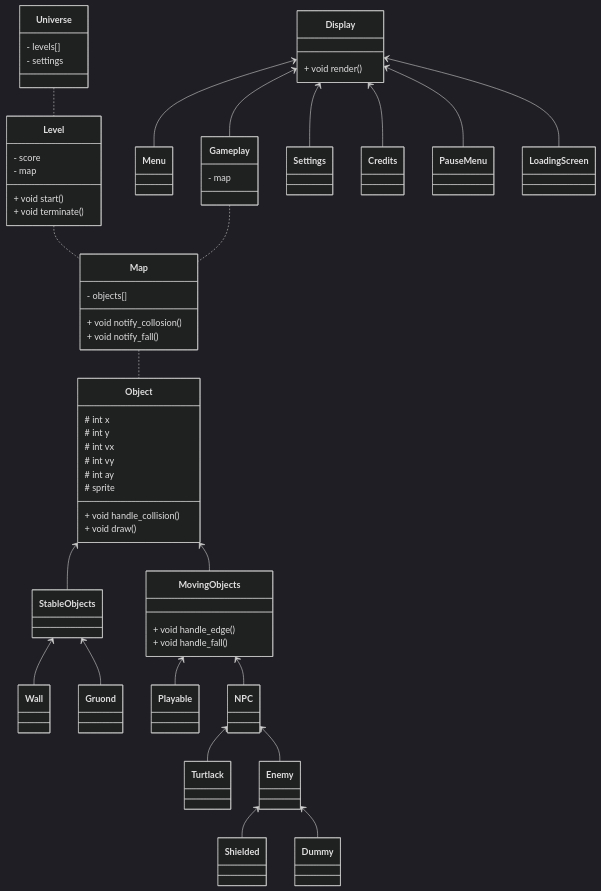
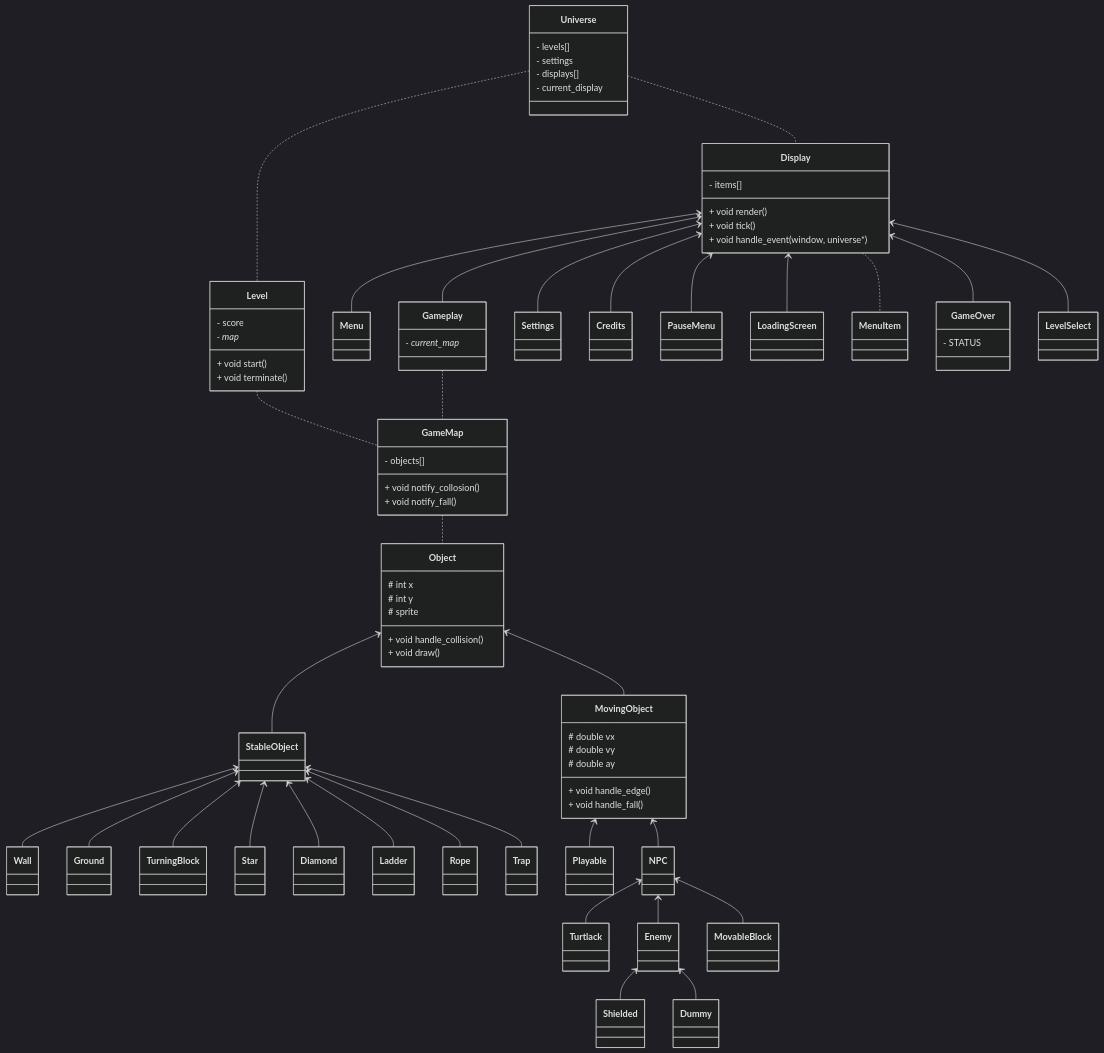
One commit to KouroshAlinaghi/brand-new-turtix changed the diagram in UML.mmd. Above: the diagram before and after it, drawn with Mermaid (dark theme).

Commit message:
Update UML (i hate the dor in the graph btw)

```diff
--- a/UML.mmd
+++ b/UML.mmd
@@ -1,42 +1,59 @@
 classDiagram
-    Map .. Object
-    Map : - objects[]
+    GameMap .. Object
+    GameMap : - objects[]
     Object : + void handle_collision()
     Object : # int x
     Object : # int y
-    Object : # int vx
-    Object : # int vy
-    Object : # int ay
+    Object <-- StableObject
+    Object <-- MovingObject
     Object : # sprite
-    Object <-- StableObjects
-    Object <-- MovingObjects
-    MovingObjects <-- Playable
-    MovingObjects <-- NPC
-    MovingObjects : + void handle_edge()
+    MovingObject <-- Playable
+    MovingObject <-- NPC
+    MovingObject : # double vx
+    MovingObject : # double vy
+    MovingObject : # double ay
+    MovingObject : + void handle_edge()
     NPC <-- Turtlack
-    StableObjects <-- Wall
-    StableObjects <-- Gruond
+    StableObject <-- Wall
+    StableObject <-- Ground
+    StableObject <-- TurningBlock
     NPC <-- Enemy
     Enemy <-- Shielded
     Enemy <-- Dummy
     Display <-- Menu
     Display <-- Gameplay
     Display <-- Settings
     Display <-- Credits
     Display <-- PauseMenu
     Display <-- LoadingScreen
     Display : + void render()
-    Level .. Map
+    Level .. GameMap
     Level : + void start()
     Level : + void terminate()
     Level : - score
     Object : + void draw()
-    Map : + void notify_collosion()
-    Map : + void notify_fall()
-    MovingObjects : + void handle_fall()
-    Level : - map
-    Gameplay .. Map
-    Gameplay : - map
+    GameMap : + void notify_collosion()
+    GameMap : + void notify_fall()
+    MovingObject : + void handle_fall()
+    Level : - map*
+    Gameplay .. GameMap
+    Gameplay : - current_map*
     Universe .. Level
     Universe: - levels[]
     Universe: - settings
+    Universe .. Display
+    Universe: - displays[]
+    Display: + void tick()
+    Display: + void handle_event(window, universe*)
+    Display .. MenuItem
+    Display: - items[]
+    Universe: - current_display
+    StableObject <-- Star
+    StableObject <-- Diamond
+    NPC <-- MovableBlock
+    StableObject <-- Ladder
+    StableObject <-- Rope
+    Display <-- GameOver
+    GameOver : - STATUS
+    StableObject <-- Trap
+    Display <-- LevelSelect
```
